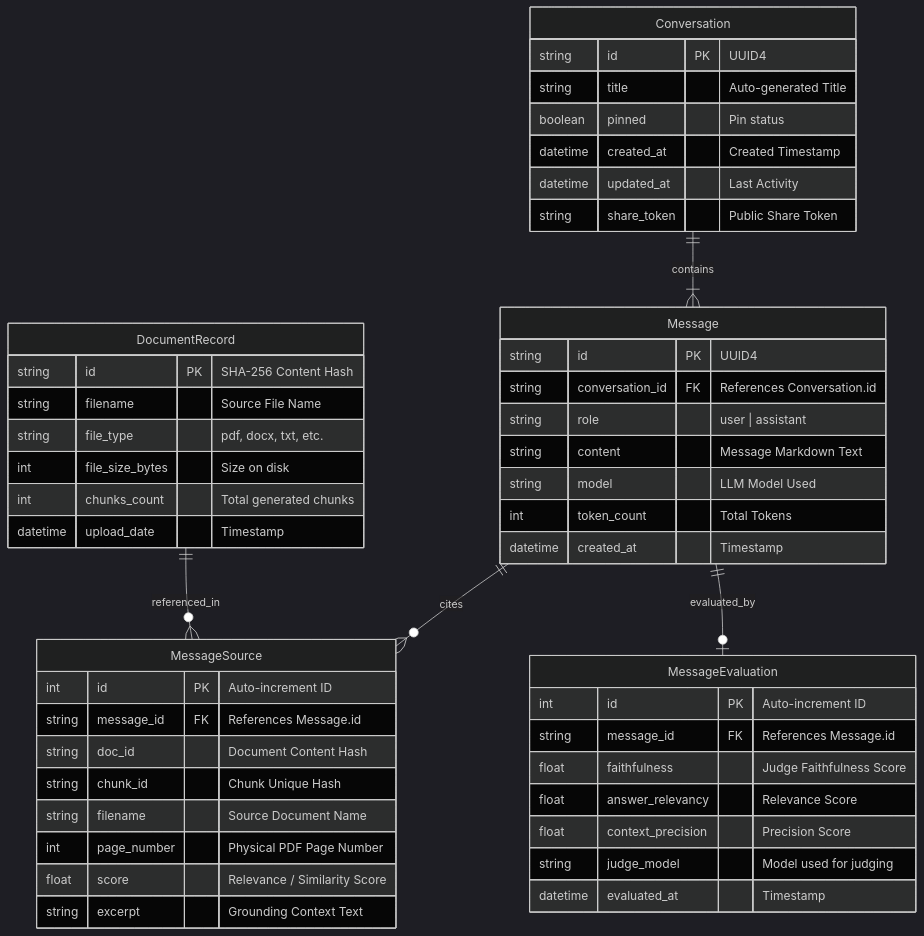
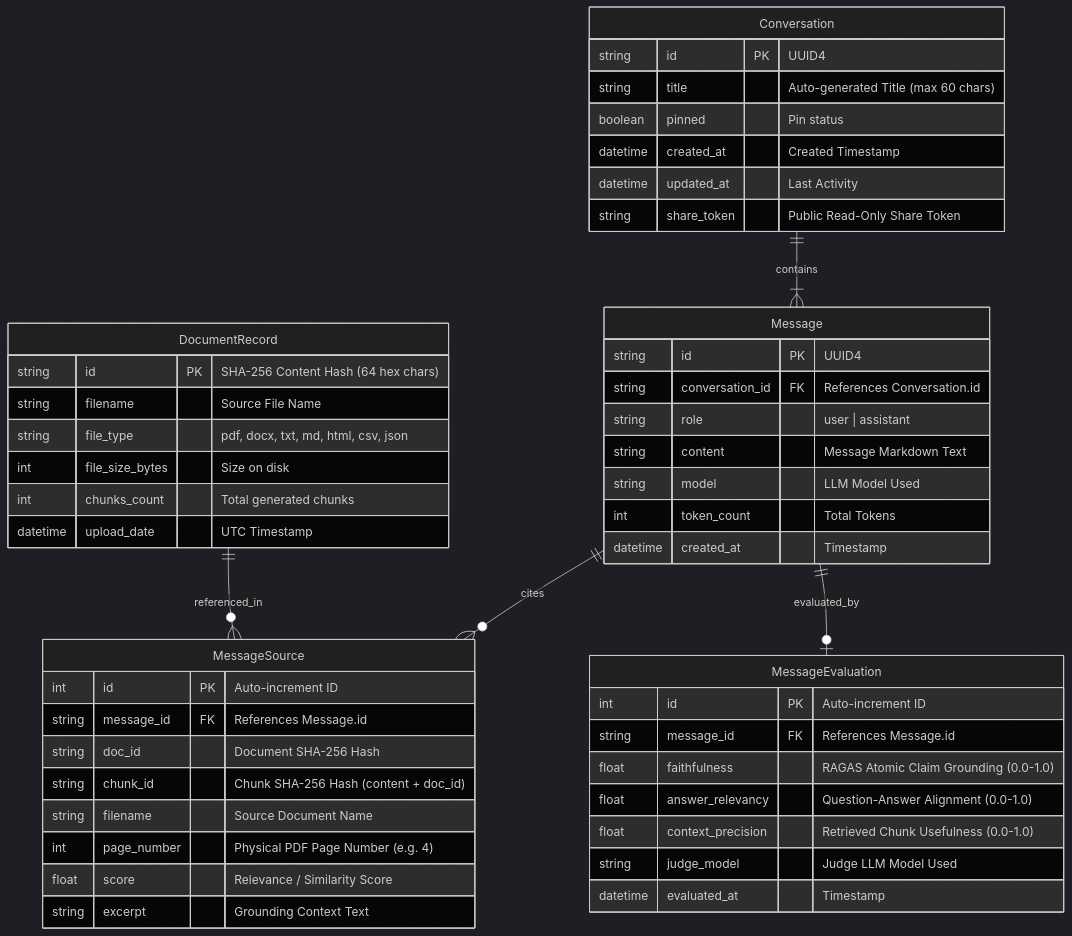
Before and after one commit to mintopubali/ai-research-assistant: the second of 3 diagrams in docs/PROJECT_EXPLAINED_BANGLA_A_TO_Z.md, drawn with Mermaid (dark theme). The commit also changed other lines of this file, not shown here.

````diff
--- a/docs/PROJECT_EXPLAINED_BANGLA_A_TO_Z.md
+++ b/docs/PROJECT_EXPLAINED_BANGLA_A_TO_Z.md
@@ -224,56 +419,56 @@
 ```mermaid
 erDiagram
     DocumentRecord ||--o{ MessageSource : "referenced_in"
     Conversation ||--|{ Message : "contains"
     Message ||--o{ MessageSource : "cites"
     Message ||--o| MessageEvaluation : "evaluated_by"
 
     DocumentRecord {
-        string id PK "SHA-256 Content Hash"
+        string id PK "SHA-256 Content Hash (64 hex chars)"
         string filename "Source File Name"
-        string file_type "pdf, docx, txt, etc."
+        string file_type "pdf, docx, txt, md, html, csv, json"
         int file_size_bytes "Size on disk"
         int chunks_count "Total generated chunks"
-        datetime upload_date "Timestamp"
+        datetime upload_date "UTC Timestamp"
     }
 
     Conversation {
         string id PK "UUID4"
-        string title "Auto-generated Title"
+        string title "Auto-generated Title (max 60 chars)"
         boolean pinned "Pin status"
         datetime created_at "Created Timestamp"
         datetime updated_at "Last Activity"
-        string share_token "Public Share Token"
+        string share_token "Public Read-Only Share Token"
     }
 
     Message {
         string id PK "UUID4"
         string conversation_id FK "References Conversation.id"
         string role "user | assistant"
         string content "Message Markdown Text"
         string model "LLM Model Used"
         int token_count "Total Tokens"
         datetime created_at "Timestamp"
     }
 
     MessageSource {
         int id PK "Auto-increment ID"
         string message_id FK "References Message.id"
-        string doc_id "Document Content Hash"
-        string chunk_id "Chunk Unique Hash"
+        string doc_id "Document SHA-256 Hash"
+        string chunk_id "Chunk SHA-256 Hash (content + doc_id)"
         string filename "Source Document Name"
-        int page_number "Physical PDF Page Number"
+        int page_number "Physical PDF Page Number (e.g. 4)"
         float score "Relevance / Similarity Score"
         string excerpt "Grounding Context Text"
     }
 
     MessageEvaluation {
         int id PK "Auto-increment ID"
         string message_id FK "References Message.id"
-        float faithfulness "Judge Faithfulness Score"
-        float answer_relevancy "Relevance Score"
-        float context_precision "Precision Score"
-        string judge_model "Model used for judging"
+        float faithfulness "RAGAS Atomic Claim Grounding (0.0-1.0)"
+        float answer_relevancy "Question-Answer Alignment (0.0-1.0)"
+        float context_precision "Retrieved Chunk Usefulness (0.0-1.0)"
+        string judge_model "Judge LLM Model Used"
         datetime evaluated_at "Timestamp"
     }
 ```
````
